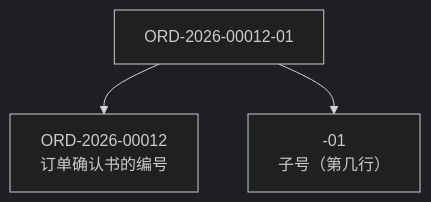
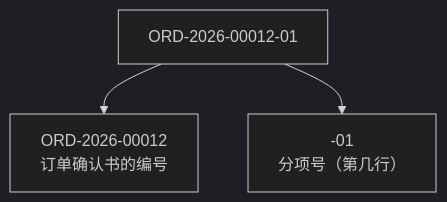
Before and after one commit to Kuisin/ckk-tool-v3: the first of 2 diagrams in coolify/apps/nextjs-web/content/manual/operations/sales/order-line/user.zh.md, drawn with Mermaid (dark theme). The commit also changed other lines of this file and 29 other files, not shown here.

````diff
--- a/coolify/apps/nextjs-web/content/manual/operations/sales/order-line/user.zh.md
+++ b/coolify/apps/nextjs-web/content/manual/operations/sales/order-line/user.zh.md
@@ -34,5 +35,5 @@
 ```mermaid
 flowchart TD
   num["ORD-2026-00012-01"] --> head["ORD-2026-00012<br/>订单确认书的编号"]
-  num --> br["-01<br/>子号（第几行）"]
+  num --> br["-01<br/>分项号（第几行）"]
 ```
````
